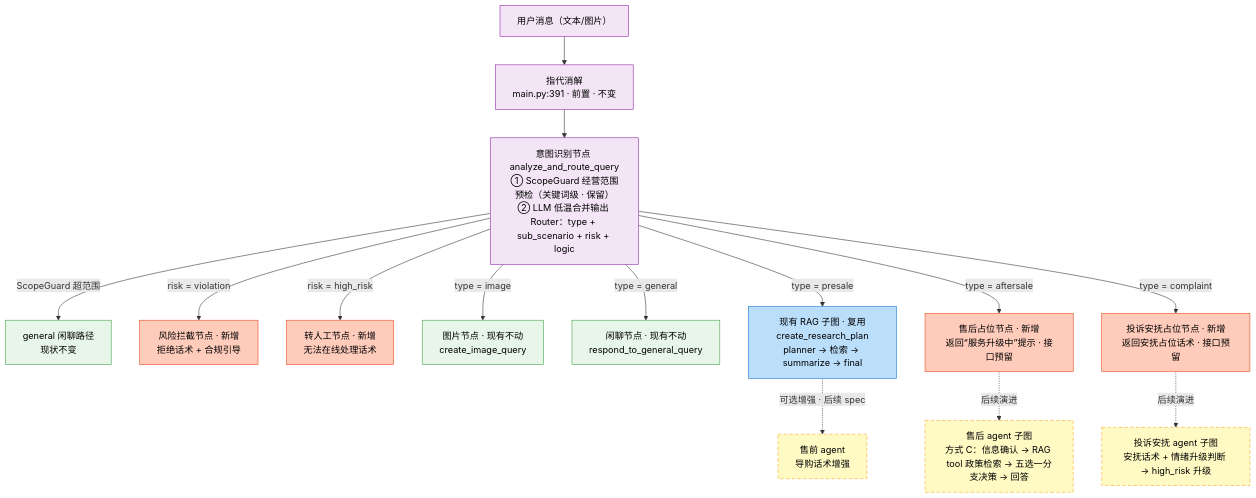
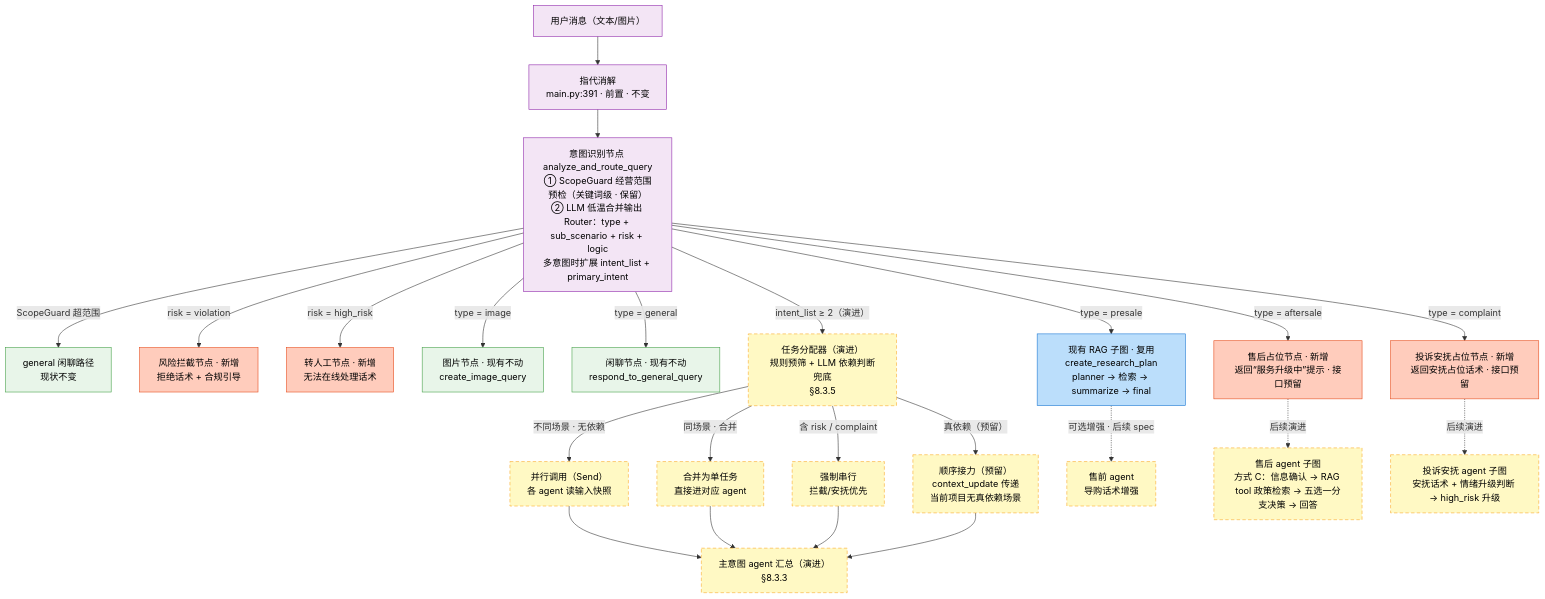
Before and after one commit to blowt16/SmartCS-Agent: the diagram in docs/spec_plan/SPEC_INTENT_RECOGNITION_OPTIMIZATION.md, drawn with Mermaid. The commit also changed other lines of this file, not shown here.

Commit message:
docs: 意图识别 spec 目标架构图更新——加入任务分配器与多意图演进路径

````diff
--- a/docs/spec_plan/SPEC_INTENT_RECOGNITION_OPTIMIZATION.md
+++ b/docs/spec_plan/SPEC_INTENT_RECOGNITION_OPTIMIZATION.md
@@ -143,30 +143,41 @@
 ```mermaid
 graph TD
     U["用户消息（文本/图片）"] --> PR["指代消解<br/>main.py:391 · 前置 · 不变"]
-    PR --> R["意图识别节点 analyze_and_route_query<br/>① ScopeGuard 经营范围预检（关键词级 · 保留）<br/>② LLM 低温合并输出 Router：type + sub_scenario + risk + logic"]
+    PR --> R["意图识别节点 analyze_and_route_query<br/>① ScopeGuard 经营范围预检（关键词级 · 保留）<br/>② LLM 低温合并输出 Router：type + sub_scenario + risk + logic<br/>多意图时扩展 intent_list + primary_intent"]
 
     R -->|"ScopeGuard 超范围"| G1["general 闲聊路径<br/>现状不变"]
     R -->|"risk = violation"| N1["风险拦截节点 · 新增<br/>拒绝话术 + 合规引导"]
     R -->|"risk = high_risk"| N2["转人工节点 · 新增<br/>无法在线处理话术"]
     R -->|"type = image"| N3["图片节点 · 现有不动<br/>create_image_query"]
     R -->|"type = general"| N4["闲聊节点 · 现有不动<br/>respond_to_general_query"]
     R -->|"type = presale"| N5["现有 RAG 子图 · 复用<br/>create_research_plan<br/>planner → 检索 → summarize → final"]
     R -->|"type = aftersale"| N6["售后占位节点 · 新增<br/>返回“服务升级中”提示 · 接口预留"]
     R -->|"type = complaint"| N7["投诉安抚占位节点 · 新增<br/>返回安抚占位话术 · 接口预留"]
+
+    R -->|"intent_list ≥ 2（演进）"| D["任务分配器（演进）<br/>规则预筛 + LLM 依赖判断兜底<br/>§8.3.5"]
+    D -->|"不同场景 · 无依赖"| P["并行调用（Send）<br/>各 agent 读输入快照"]
+    D -->|"同场景 · 合并"| M1["合并为单任务<br/>直接进对应 agent"]
+    D -->|"含 risk / complaint"| S2["强制串行<br/>拦截/安抚优先"]
+    D -->|"真依赖（预留）"| S1["顺序接力（预留）<br/>context_update 传递<br/>当前项目无真依赖场景"]
+
+    P --> M["主意图 agent 汇总（演进）<br/>§8.3.3"]
+    M1 --> M
+    S2 --> M
+    S1 --> M
 
     N5 -.->|"可选增强 · 后续 spec"| A3["售前 agent<br/>导购话术增强"]
     N6 -.->|"后续演进"| A1["售后 agent 子图<br/>方式 C：信息确认 → RAG tool 政策检索 → 五选一分支决策 → 回答"]
     N7 -.->|"后续演进"| A2["投诉安抚 agent 子图<br/>安抚话术 + 情绪升级判断 → high_risk 升级"]
 
     classDef input fill:#f3e5f5,stroke:#8e24aa,color:#000;
     classDef keep fill:#e8f5e9,stroke:#43a047,color:#000;
     classDef reuse fill:#bbdefb,stroke:#1976d2,color:#000;
     classDef new fill:#ffccbc,stroke:#e64a19,color:#000;
     classDef future fill:#fff9c4,stroke:#f9a825,color:#000,stroke-dasharray: 6 4;
 
     class U,PR,R input;
     class G1,N3,N4 keep;
     class N5 reuse;
     class N1,N2,N6,N7 new;
-    class A1,A2,A3 future;
+    class D,P,M,M1,S1,S2,A1,A2,A3 future;
 ```
````
